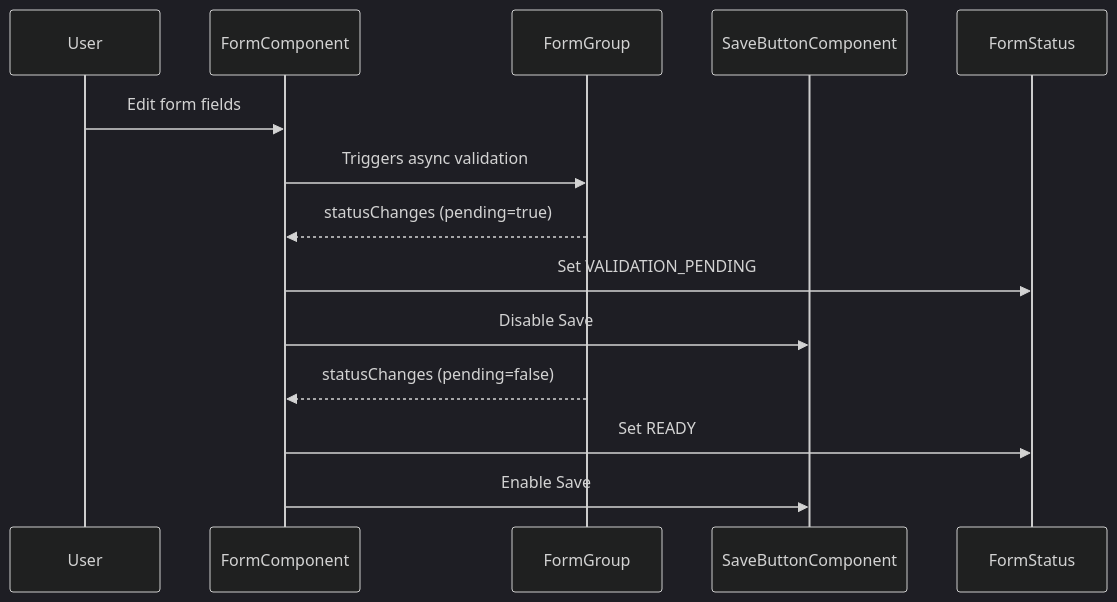
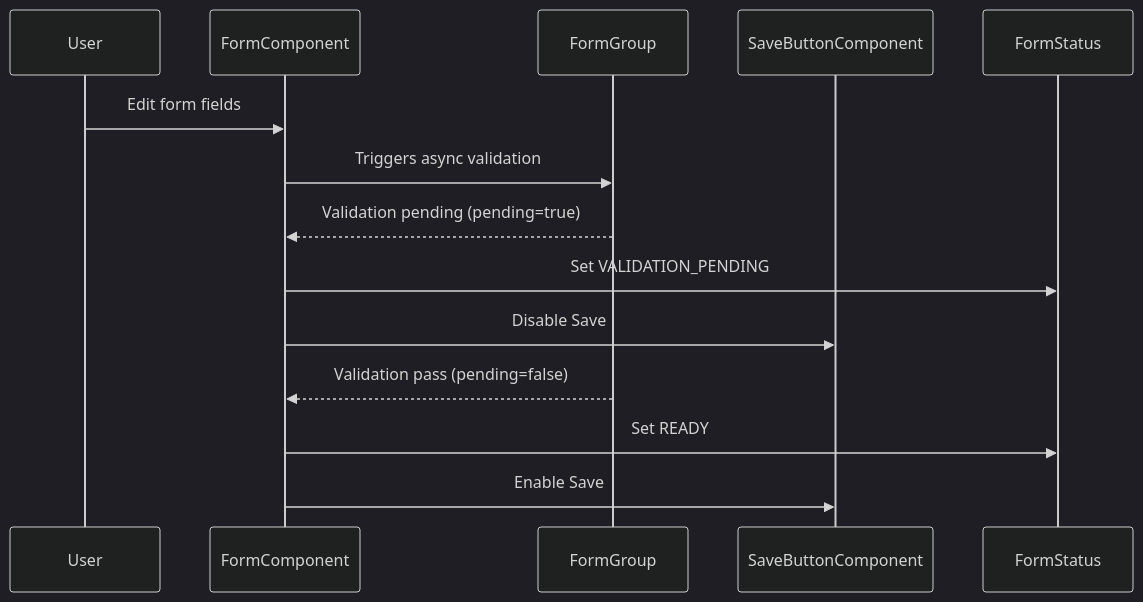
One commit to redbox-mint/redbox-portal changed the diagram in specs/form-lifecycle/design.md. Above: the diagram before and after it, drawn with Mermaid (dark theme).

Commit message:
Updated specs

````diff
--- a/specs/form-lifecycle/design.md
+++ b/specs/form-lifecycle/design.md
@@ -16,15 +16,15 @@
 ```mermaid
 sequenceDiagram
   participant User
   participant FormComponent
   participant FormGroup
   participant SaveButtonComponent
   User->>FormComponent: Edit form fields
   FormComponent->>FormGroup: Triggers async validation
-  FormGroup-->>FormComponent: statusChanges (pending=true)
+  FormGroup-->>FormComponent: Validation pending (pending=true)
   FormComponent->>FormStatus: Set VALIDATION_PENDING
   FormComponent->>SaveButtonComponent: Disable Save
-  FormGroup-->>FormComponent: statusChanges (pending=false)
+  FormGroup-->>FormComponent: Validation pass (pending=false)
   FormComponent->>FormStatus: Set READY
   FormComponent->>SaveButtonComponent: Enable Save
 ```
````
